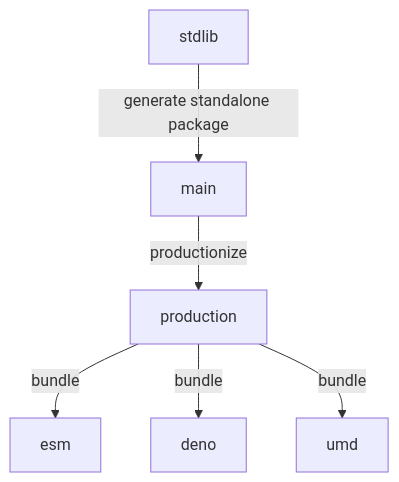
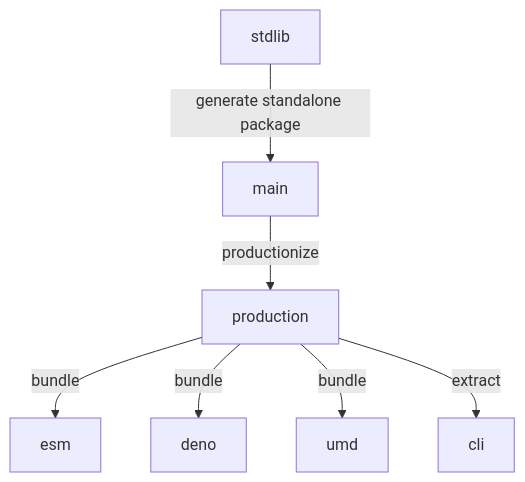
The diagram in branches.md (stdlib-js/time-current-year), drawn with Mermaid before and after one commit. The commit also changed other lines of this file and 8 other files, not shown here.

````diff
--- a/branches.md
+++ b/branches.md
@@ -33,15 +34,17 @@
 ```mermaid
 graph TD;
 A[stdlib]-->|generate standalone package|B;
 B[main] -->|productionize| C[production];
 C -->|bundle| D[esm];
 C -->|bundle| E[deno];
 C -->|bundle| F[umd];
+C -->|extract| G[cli];
 
-click A href "https://github.com/stdlib-js/stdlib/tree/develop/lib/node_modules/%40stdlib/time/current-year"
-click B href "https://github.com/stdlib-js/time-current-year/tree/main"
-click C href "https://github.com/stdlib-js/time-current-year/tree/production"
-click D href "https://github.com/stdlib-js/time-current-year/tree/esm"
-click E href "https://github.com/stdlib-js/time-current-year/tree/deno"
-click F href "https://github.com/stdlib-js/time-current-year/tree/umd"
+%% click A href "https://github.com/stdlib-js/stdlib/tree/develop/lib/node_modules/%40stdlib/time/current-year"
+%% click B href "https://github.com/stdlib-js/time-current-year/tree/main"
+%% click C href "https://github.com/stdlib-js/time-current-year/tree/production"
+%% click D href "https://github.com/stdlib-js/time-current-year/tree/esm"
+%% click E href "https://github.com/stdlib-js/time-current-year/tree/deno"
+%% click F href "https://github.com/stdlib-js/time-current-year/tree/umd"
+%% click G href "https://github.com/stdlib-js/time-current-year/tree/cli"
 ```
````
